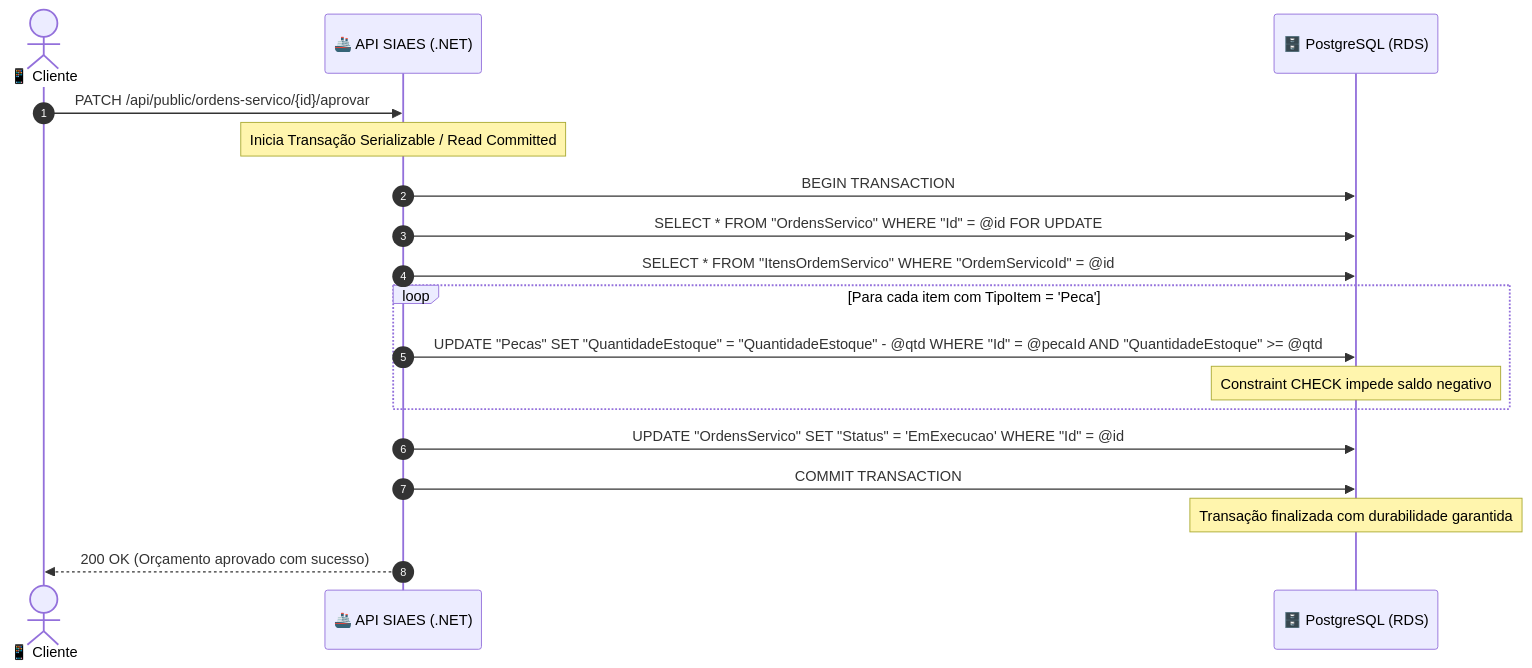
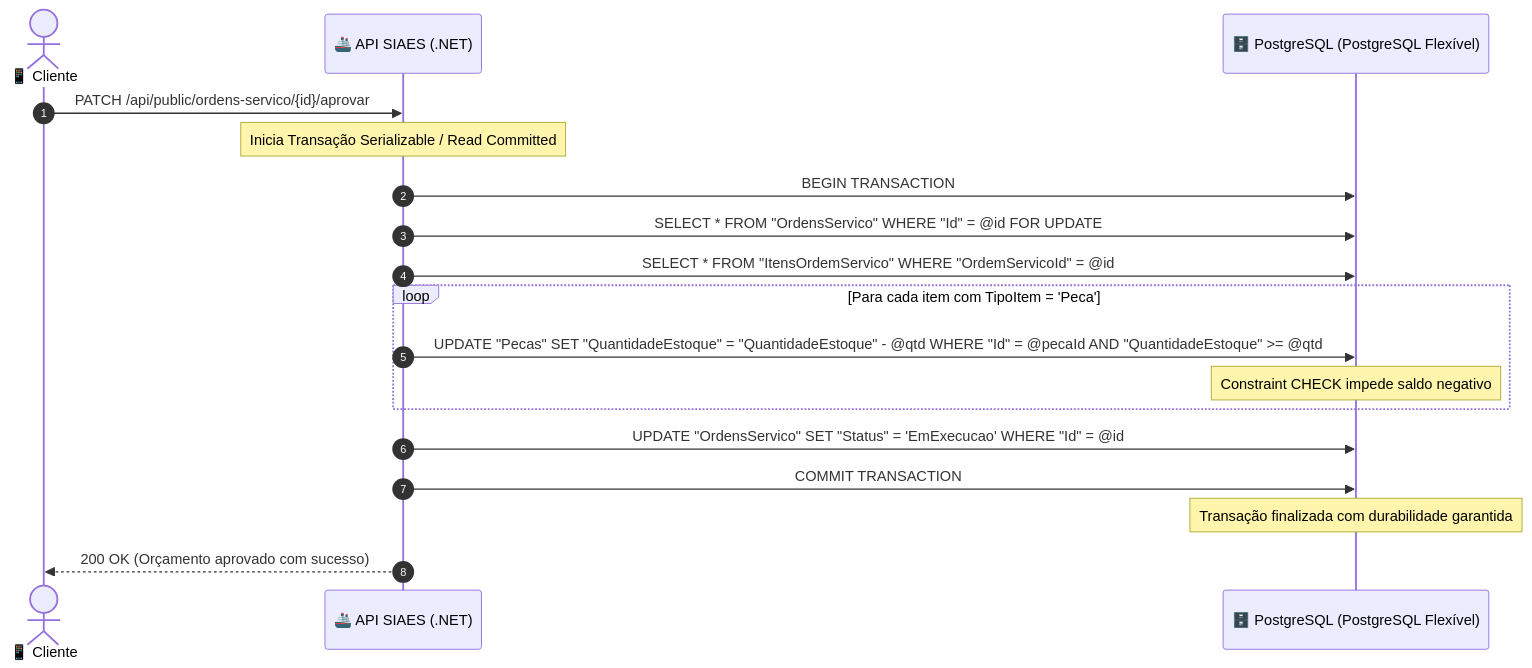
The second of 2 diagrams in docs/Fase 3/modelagem_banco_dados.md (dvdalves/FIAP.Tech.Challenge), drawn with Mermaid before and after one commit. The commit also changed other lines of this file and 31 other files, not shown here.

````diff
--- a/docs/Fase 3/modelagem_banco_dados.md
+++ b/docs/Fase 3/modelagem_banco_dados.md
@@ -270,21 +270,21 @@
 ```mermaid
 sequenceDiagram
     autonumber
     actor Cliente as 📱 Cliente
     participant API as 🚢 API SIAES (.NET)
-    participant DB as 🗄️ PostgreSQL (RDS)
+    participant DB as 🗄️ PostgreSQL (PostgreSQL Flexível)
 
     Cliente->>API: PATCH /api/public/ordens-servico/{id}/aprovar
     Note over API: Inicia Transação Serializable / Read Committed
     API->>DB: BEGIN TRANSACTION
     API->>DB: SELECT * FROM "OrdensServico" WHERE "Id" = @id FOR UPDATE
     API->>DB: SELECT * FROM "ItensOrdemServico" WHERE "OrdemServicoId" = @id
     loop Para cada item com TipoItem = 'Peca'
         API->>DB: UPDATE "Pecas" SET "QuantidadeEstoque" = "QuantidadeEstoque" - @qtd WHERE "Id" = @pecaId AND "QuantidadeEstoque" >= @qtd
         Note over DB: Constraint CHECK impede saldo negativo
     end
     API->>DB: UPDATE "OrdensServico" SET "Status" = 'EmExecucao' WHERE "Id" = @id
     API->>DB: COMMIT TRANSACTION
     Note over DB: Transação finalizada com durabilidade garantida
     API-->>Cliente: 200 OK (Orçamento aprovado com sucesso)
 ```
````
